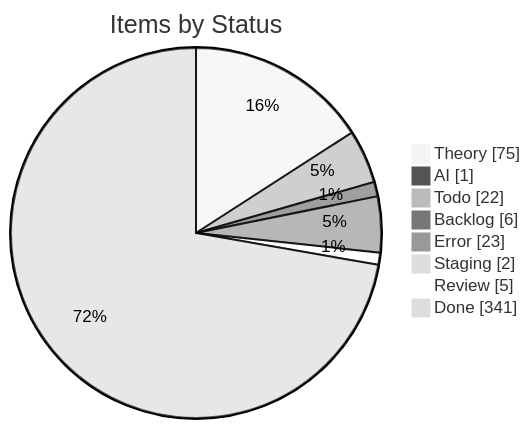
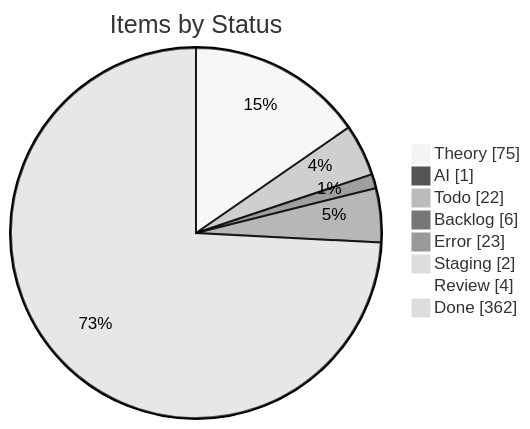
Before and after one commit to KBVE/kbve: the first of 4 diagrams in apps/kbve/astro-kbve/src/content/docs/dashboard/kanban-data.mdx, drawn with Mermaid (neutral theme). The commit also changed other lines of this file and 2 other files, not shown here.

````diff
--- a/apps/kbve/astro-kbve/src/content/docs/dashboard/kanban-data.mdx
+++ b/apps/kbve/astro-kbve/src/content/docs/dashboard/kanban-data.mdx
@@ -189,12 +189,12 @@
 ```mermaid
 pie showData
     title Items by Status
     "Theory" : 75
     "AI" : 1
     "Todo" : 22
     "Backlog" : 6
     "Error" : 23
     "Staging" : 2
-    "Review" : 5
-    "Done" : 341
+    "Review" : 4
+    "Done" : 362
 ```
````
